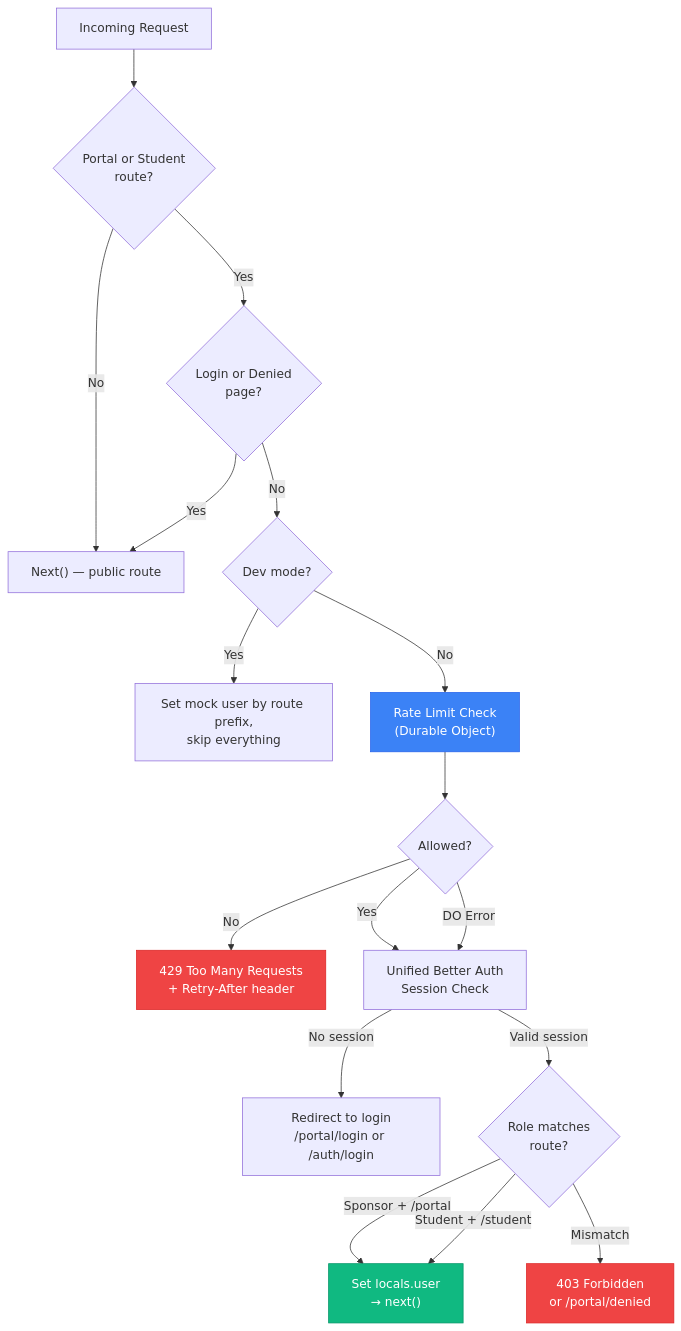
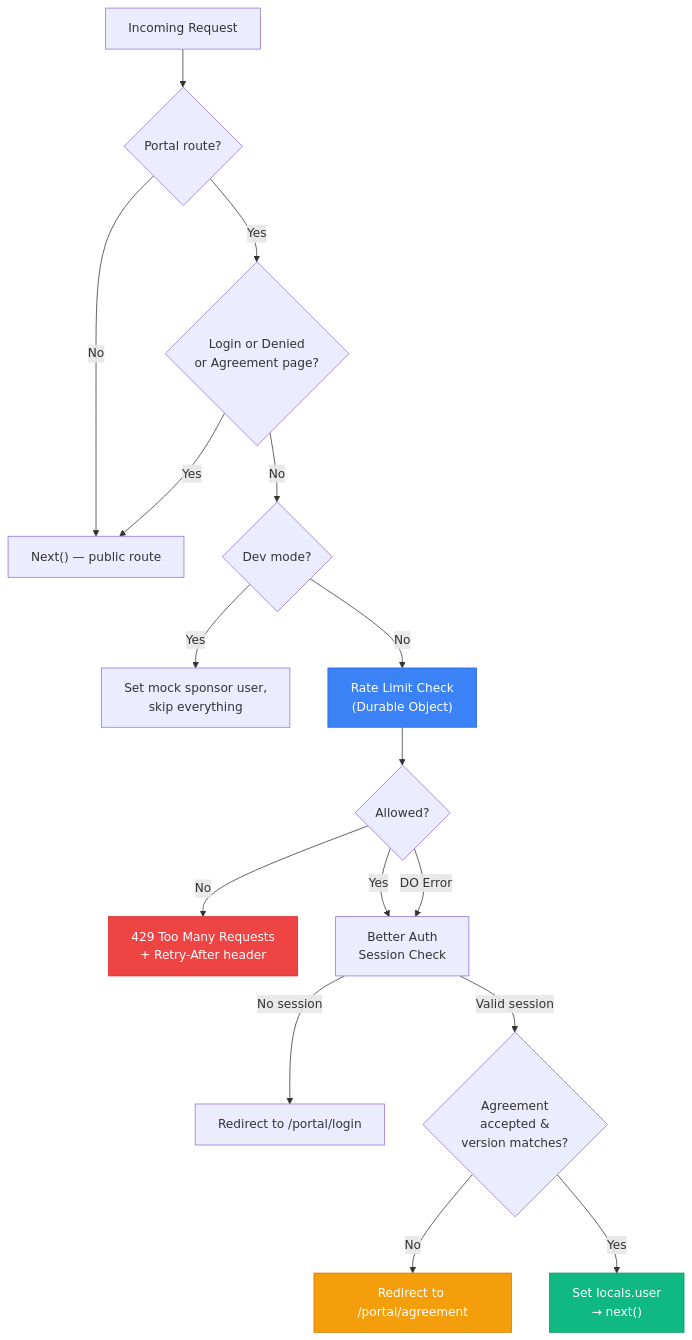
Before and after one commit to gsinghjay/astro-shadcn-sanity: the fifth of 5 diagrams in docs/rate-limiting-with-durable-objects.md, drawn with Mermaid. The commit also changed other lines of this file and 9 other files, not shown here.

````diff
--- a/docs/rate-limiting-with-durable-objects.md
+++ b/docs/rate-limiting-with-durable-objects.md
@@ -193,24 +200,23 @@
 ```mermaid
 flowchart TD
-    Req["Incoming Request"] --> RouteCheck{"Portal or Student<br/>route?"}
+    Req["Incoming Request"] --> RouteCheck{"Portal route?"}
     RouteCheck -->|No| Pass["Next() — public route"]
-    RouteCheck -->|Yes| LoginCheck{"Login or Denied<br/>page?"}
+    RouteCheck -->|Yes| LoginCheck{"Login or Denied<br/>or Agreement page?"}
     LoginCheck -->|Yes| Pass
     LoginCheck -->|No| DevCheck{"Dev mode?"}
-    DevCheck -->|Yes| MockUser["Set mock user by route prefix,<br/>skip everything"]
+    DevCheck -->|Yes| MockUser["Set mock sponsor user,<br/>skip everything"]
     DevCheck -->|No| RateLimit["Rate Limit Check<br/>(Durable Object)"]
     RateLimit --> RLResult{"Allowed?"}
     RLResult -->|No| Block["429 Too Many Requests<br/>+ Retry-After header"]
-    RLResult -->|Yes| Session["Unified Better Auth<br/>Session Check"]
+    RLResult -->|Yes| Session["Better Auth<br/>Session Check"]
     RLResult -->|DO Error| Session
-    Session -->|No session| Redirect["Redirect to login<br/>/portal/login or /auth/login"]
-    Session -->|Valid session| RoleCheck{"Role matches<br/>route?"}
-    RoleCheck -->|Sponsor + /portal| Proceed["Set locals.user<br/>→ next()"]
-    RoleCheck -->|Student + /student| Proceed
-    RoleCheck -->|Mismatch| Deny["403 Forbidden<br/>or /portal/denied"]
+    Session -->|No session| Redirect["Redirect to /portal/login"]
+    Session -->|Valid session| Agreement{"Agreement<br/>accepted &<br/>version matches?"}
+    Agreement -->|No| AgreeRedir["Redirect to /portal/agreement"]
+    Agreement -->|Yes| Proceed["Set locals.user<br/>→ next()"]
 
     style Block fill:#ef4444,stroke:#dc2626,color:#fff
     style RateLimit fill:#3b82f6,stroke:#2563eb,color:#fff
-    style Deny fill:#ef4444,stroke:#dc2626,color:#fff
+    style AgreeRedir fill:#f59e0b,stroke:#d97706,color:#fff
     style Proceed fill:#10b981,stroke:#059669,color:#fff
 ```
````
